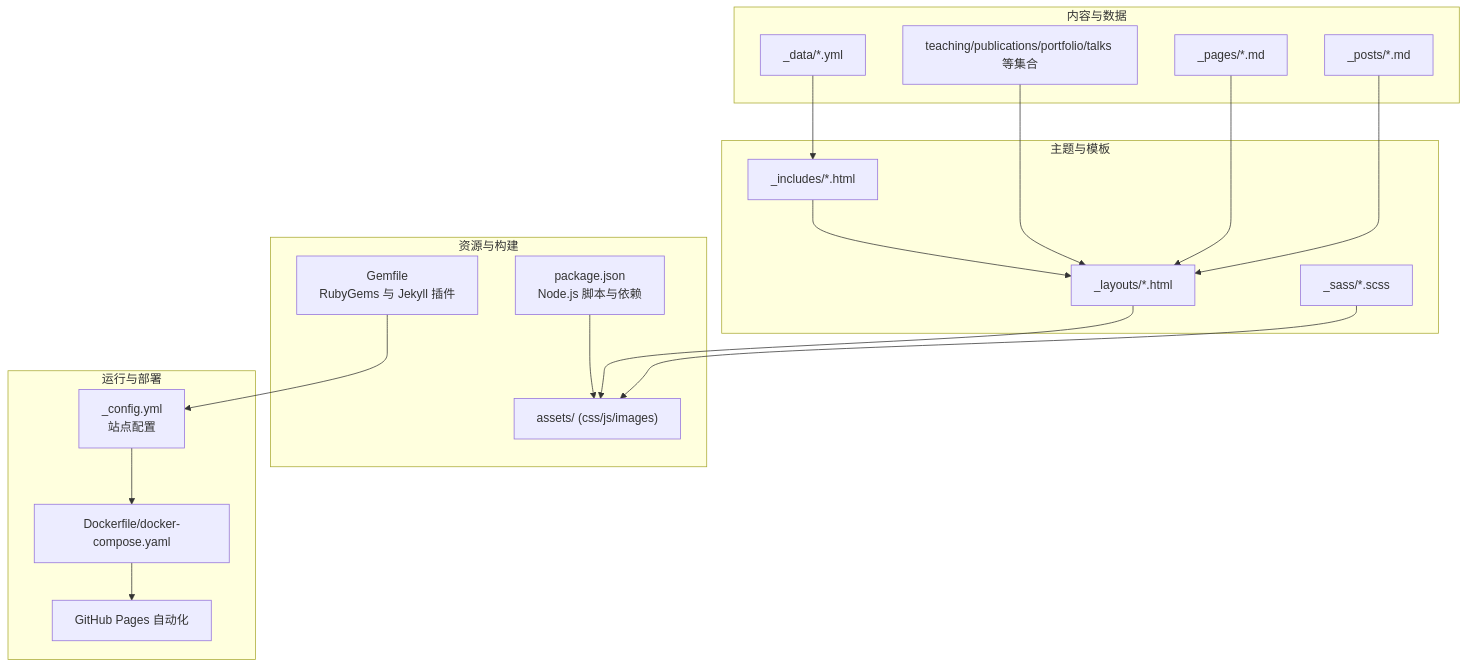
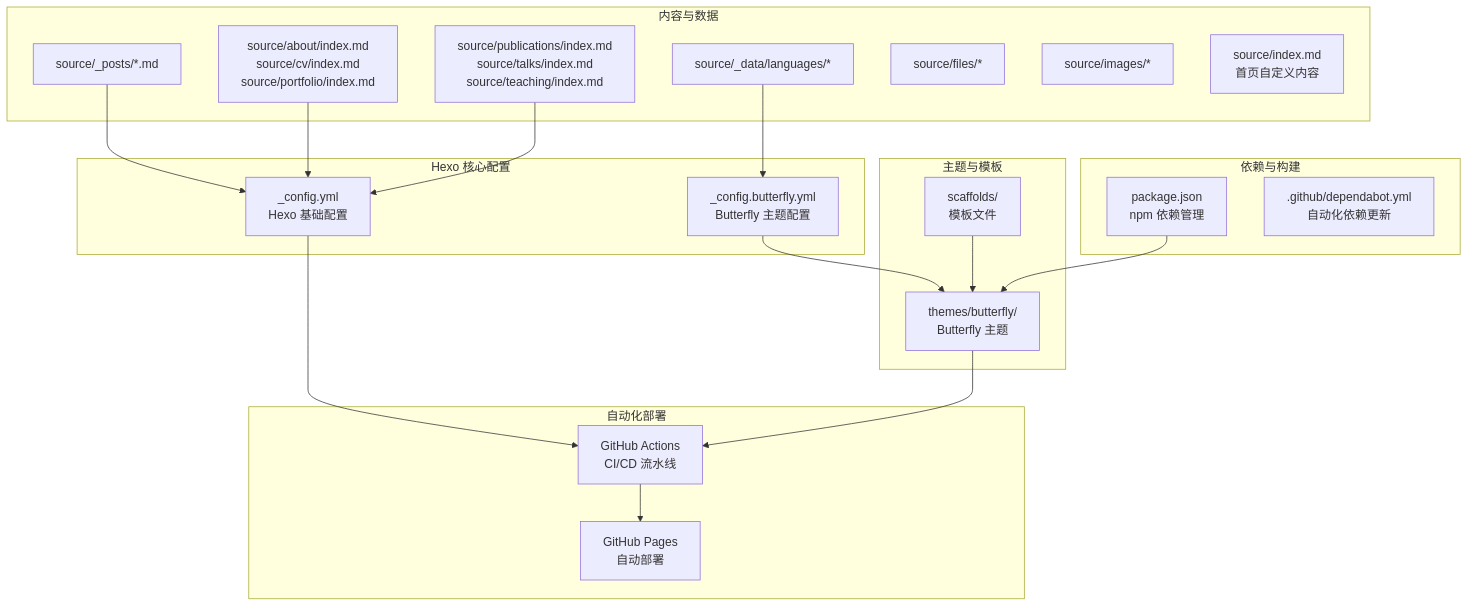
Before and after one commit to CoolPig0720/CoolPig0720.github.io: the first of 3 diagrams in .qoder/repowiki/zh/content/项目概述/技术栈概览.md, drawn with Mermaid. The commit also changed other lines of this file and 36 other files, not shown here.

````diff
--- a/.qoder/repowiki/zh/content/项目概述/技术栈概览.md
+++ b/.qoder/repowiki/zh/content/项目概述/技术栈概览.md
@@ -43,35 +48,38 @@
 ```mermaid
 graph TB
 subgraph "内容与数据"
-Posts["_posts/*.md"]
-Pages["_pages/*.md"]
-Collections["teaching/publications/portfolio/talks 等集合"]
-Data["_data/*.yml"]
+Posts["source/_posts/*.md"]
+Pages["source/about/index.md<br/>source/cv/index.md<br/>source/portfolio/index.md"]
+Collections["source/publications/index.md<br/>source/talks/index.md<br/>source/teaching/index.md"]
+Data["source/_data/languages/*"]
+Files["source/files/*"]
+Images["source/images/*"]
+Index["source/index.md<br/>首页自定义内容"]
+end
+subgraph "Hexo 核心配置"
+HexoConfig["_config.yml<br/>Hexo 基础配置"]
+ThemeConfig["_config.butterfly.yml<br/>Butterfly 主题配置"]
 end
 subgraph "主题与模板"
-Layouts["_layouts/*.html"]
-Includes["_includes/*.html"]
-Sass["_sass/*.scss"]
+Theme["themes/butterfly/<br/>Butterfly 主题"]
+Scaffolds["scaffolds/<br/>模板文件"]
 end
-subgraph "资源与构建"
-Assets["assets/ (css/js/images)"]
-NPM["package.json<br/>Node.js 脚本与依赖"]
-Gems["Gemfile<br/>RubyGems 与 Jekyll 插件"]
+subgraph "依赖与构建"
+NPM["package.json<br/>npm 依赖管理"]
+Dependabot[".github/dependabot.yml<br/>自动化依赖更新"]
 end
-subgraph "运行与部署"
-Config["_config.yml<br/>站点配置"]
-Docker["Dockerfile/docker-compose.yaml"]
-GH["GitHub Pages 自动化"]
+subgraph "自动化部署"
+Actions["GitHub Actions<br/>CI/CD 流水线"]
+Deploy["GitHub Pages<br/>自动部署"]
 end
-Posts --> Layouts
-Pages --> Layouts
-Collections --> Layouts
-Data --> Includes
-Includes --> Layouts
-Sass --> Assets
-Layouts --> Assets
-NPM --> Assets
-Gems --> Config
-Config --> Docker
-Docker --> GH
+Posts --> HexoConfig
+Pages --> HexoConfig
+Collections --> HexoConfig
+Data --> ThemeConfig
+ThemeConfig --> Theme
+Scaffolds --> Theme
+NPM --> Theme
+HexoConfig --> Actions
+Theme --> Actions
+Actions --> Deploy
 ```
````
